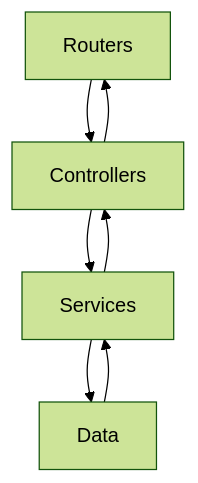
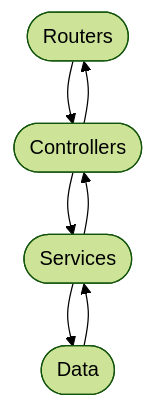
One commit to Markonav/proyectoProgramacion changed the diagram in docs/arquitectura.md. Above: the diagram before and after it, drawn with Mermaid (forest theme). The commit also changed other lines of this file, not shown here.

Commit message:
docs: actualizar archivo

````diff
--- a/docs/arquitectura.md
+++ b/docs/arquitectura.md
@@ -6,7 +6,7 @@
 ```mermaid
 flowchart TD
-    A["Routers"] --> B["Controllers"]
-    B --> A & C["Services"]
-    C --> B & D["Data"]
+    A(["Routers"]) --> B(["Controllers"])
+    B --> A & C(["Services"])
+    C --> B & D(["Data"])
     D --> C
 ```
````
